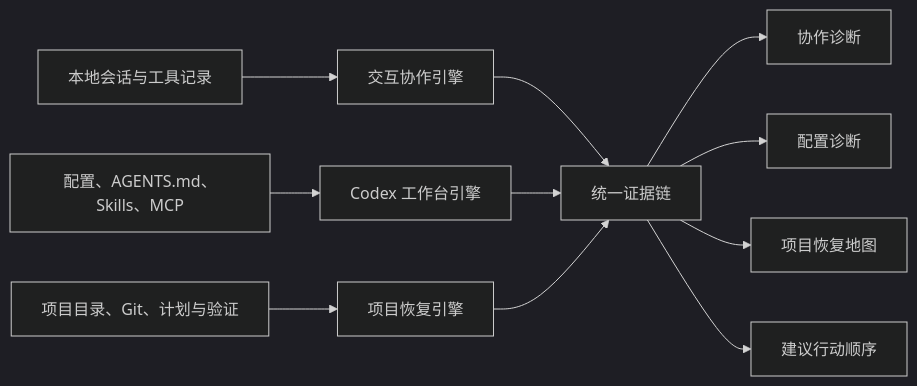
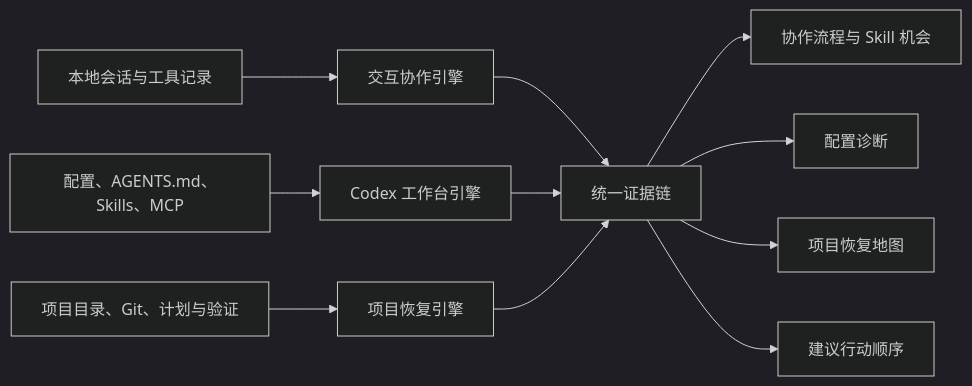
The diagram in README.md (fanshouheng/codex-checkup), drawn with Mermaid (dark theme) before and after one commit. The commit also changed other lines of this file and 14 other files, not shown here.

````diff
--- a/README.md
+++ b/README.md
@@ -103,13 +106,13 @@
 ```mermaid
 flowchart LR
     A["本地会话与工具记录"] --> C["交互协作引擎"]
     B["配置、AGENTS.md、Skills、MCP"] --> W["Codex 工作台引擎"]
     P["项目目录、Git、计划与验证"] --> R["项目恢复引擎"]
     C --> E["统一证据链"]
     W --> E
     R --> E
-    E --> O1["协作诊断"]
+    E --> O1["协作流程与 Skill 机会"]
     E --> O2["配置诊断"]
     E --> O3["项目恢复地图"]
     E --> O4["建议行动顺序"]
 ```
````
